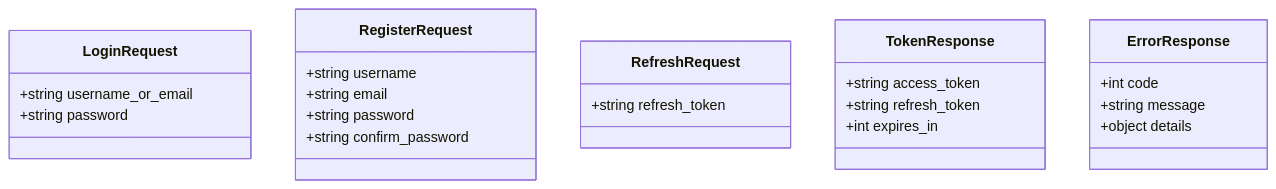
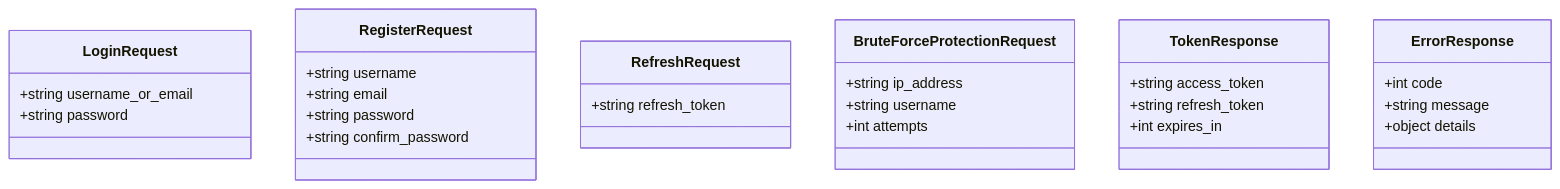
Before and after one commit to vu1Art1st/talos: the sixth of 8 diagrams in .qoder/repowiki/zh/content/后端API文档/认证授权API.md, drawn with Mermaid. The commit also changed other lines of this file and 132 other files, not shown here.

````diff
--- a/.qoder/repowiki/zh/content/后端API文档/认证授权API.md
+++ b/.qoder/repowiki/zh/content/后端API文档/认证授权API.md
@@ -227,26 +263,31 @@
 ```mermaid
 classDiagram
 class LoginRequest {
 +string username_or_email
 +string password
 }
 class RegisterRequest {
 +string username
 +string email
 +string password
 +string confirm_password
 }
 class RefreshRequest {
 +string refresh_token
 }
+class BruteForceProtectionRequest {
++string ip_address
++string username
++int attempts
+}
 class TokenResponse {
 +string access_token
 +string refresh_token
 +int expires_in
 }
 class ErrorResponse {
 +int code
 +string message
 +object details
 }
 ```
````
